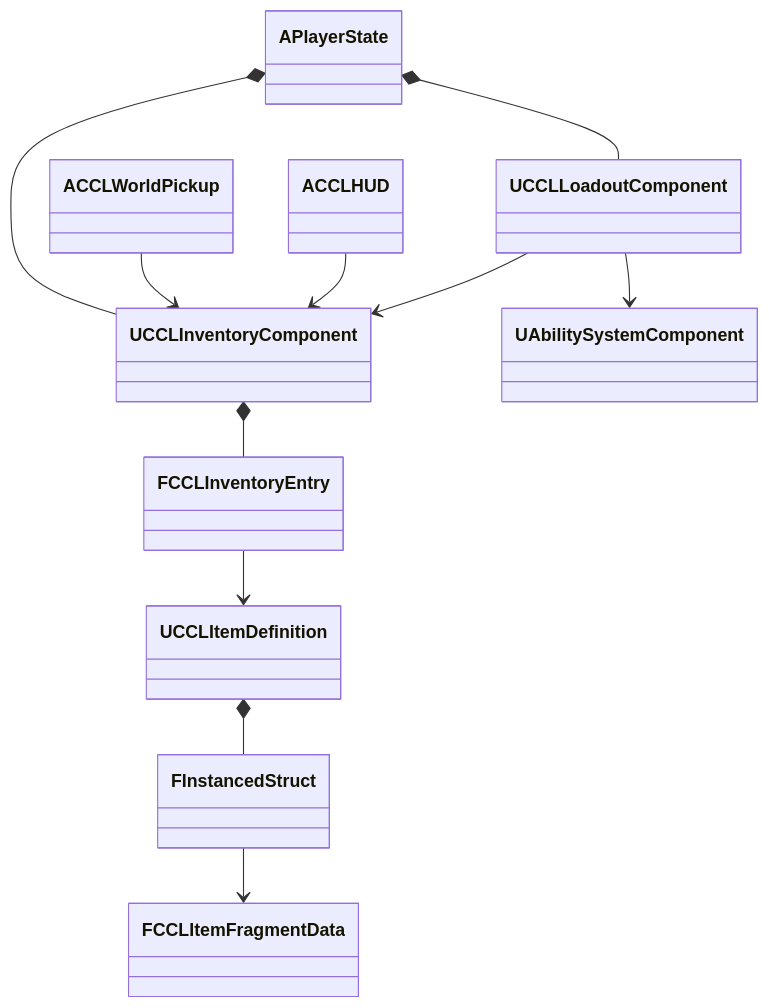
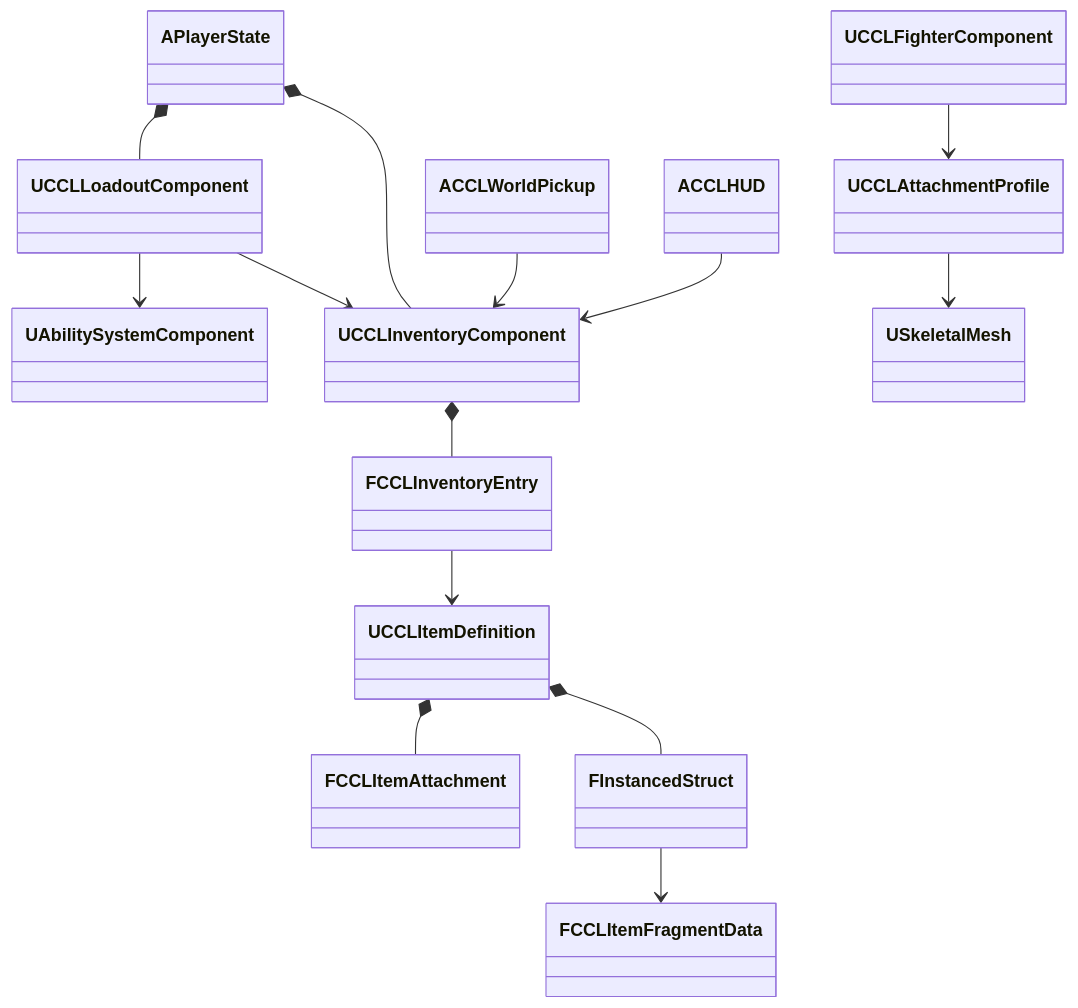
Before and after one commit to kang-sihwon/ccl8: the diagram in Docs/ProgressionFoundation.md, drawn with Mermaid. The commit also changed other lines of this file and 3 other files, not shown here.

````diff
--- a/Docs/ProgressionFoundation.md
+++ b/Docs/ProgressionFoundation.md
@@ -46,13 +66,16 @@
 ```mermaid
 classDiagram
     APlayerState *-- UCCLInventoryComponent
     APlayerState *-- UCCLLoadoutComponent
     UCCLInventoryComponent *-- FCCLInventoryEntry
     FCCLInventoryEntry --> UCCLItemDefinition
     UCCLItemDefinition *-- FInstancedStruct
     FInstancedStruct --> FCCLItemFragmentData
     UCCLLoadoutComponent --> UCCLInventoryComponent
     UCCLLoadoutComponent --> UAbilitySystemComponent
+    UCCLFighterComponent --> UCCLAttachmentProfile
+    UCCLAttachmentProfile --> USkeletalMesh
+    UCCLItemDefinition *-- FCCLItemAttachment
     ACCLWorldPickup --> UCCLInventoryComponent
     ACCLHUD --> UCCLInventoryComponent
 ```
````
